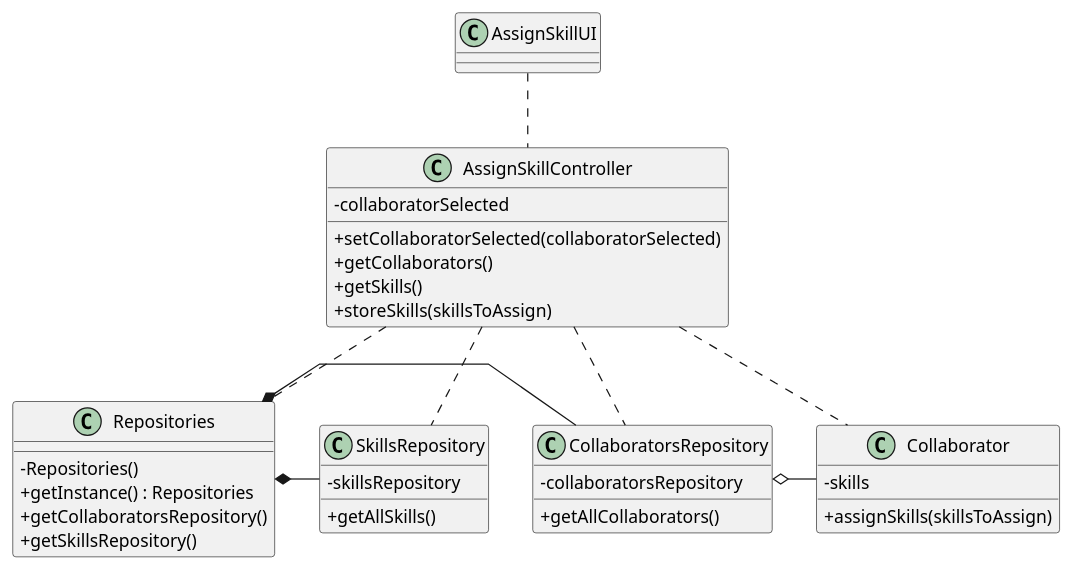
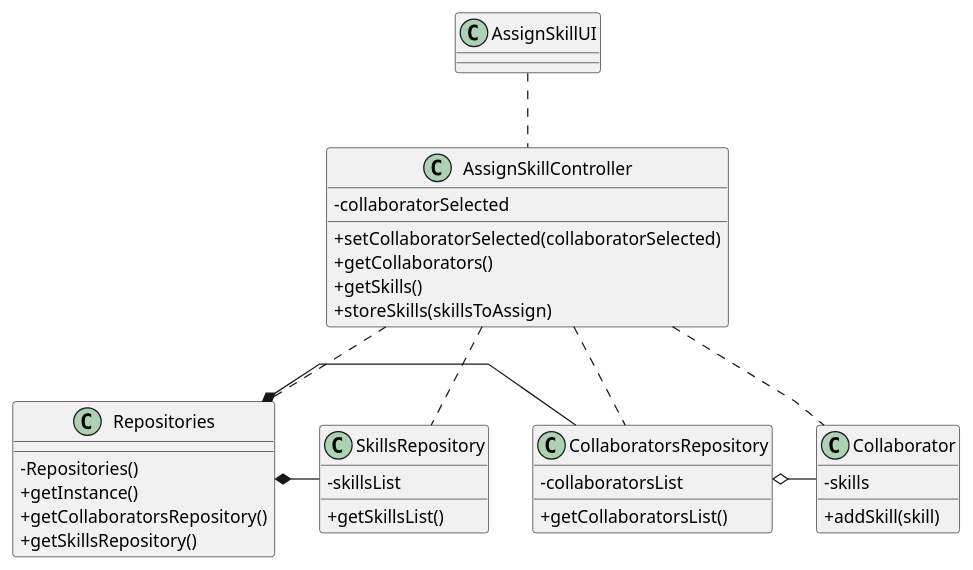
The diagram in docs/sprint2/us004/03.design/puml/us004-class-diagram.puml (1231360-ISEP/lei-24-s2-1db-g021), drawn with PlantUML before and after one commit. The commit also changed 3 other files, not shown here.

Commit message:
US004 & Us008 - updating Sequence & Class Diagrams and their svg.

```diff
--- a/docs/sprint2/us004/03.design/puml/us004-class-diagram.puml
+++ b/docs/sprint2/us004/03.design/puml/us004-class-diagram.puml
@@ -1,61 +1,61 @@
 @startuml
 'skinparam monochrome true
 skinparam packageStyle rectangle
 skinparam shadowing false
 skinparam linetype polyline
 'skinparam linetype orto
 
 skinparam classAttributeIconSize 0
 
 'left to right direction
 
 class Collaborator {
     -skills
-    +assignSkills(skillsToAssign)
+    +addSkill(skill)
 }
 
 class SkillsRepository {
-    - skillsRepository
-    + getAllSkills()
+    - skillsList
+    + getSkillsList()
 }
 
 class CollaboratorsRepository {
-    - collaboratorsRepository
-    + getAllCollaborators()
+    - collaboratorsList
+    + getCollaboratorsList()
 }
 
 class Repositories {
     - Repositories()
-    + getInstance() : Repositories
+    + getInstance()
     + getCollaboratorsRepository()
     + getSkillsRepository()
 }
 
 class AssignSkillController {
     - collaboratorSelected
     + setCollaboratorSelected(collaboratorSelected)
     + getCollaborators()
     + getSkills()
     + storeSkills(skillsToAssign)
 }
 
 class AssignSkillUI {
 }
 
 AssignSkillUI .. AssignSkillController
 
 AssignSkillController .. Repositories
 
 AssignSkillController .. CollaboratorsRepository
 
 AssignSkillController .. SkillsRepository
 
 AssignSkillController .. Collaborator
 
 Repositories *- CollaboratorsRepository
 
 Repositories *- SkillsRepository
 
 CollaboratorsRepository o- Collaborator
 
 @enduml
```
